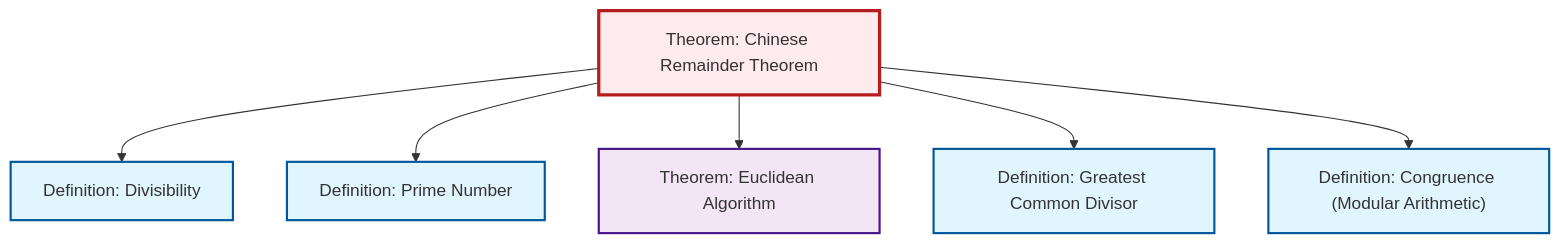
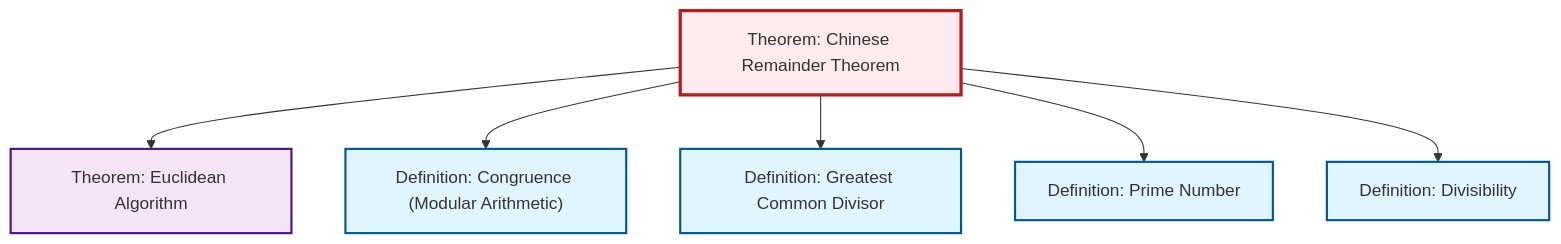
The diagram in content/ja/number-theory/thm-chinese-remainder.qmd (RK0429/ModernMath), drawn with Mermaid before and after one commit. The commit also changed other lines of this file and 581 other files, not shown here.

````diff
--- a/content/ja/number-theory/thm-chinese-remainder.qmd
+++ b/content/ja/number-theory/thm-chinese-remainder.qmd
@@ -89,26 +89,26 @@
 ```{mermaid}
 %%| fig-cap: "Local dependency graph"
 graph TD
     classDef definition fill:#e1f5fe,stroke:#01579b,stroke-width:2px
     classDef theorem fill:#f3e5f5,stroke:#4a148c,stroke-width:2px
     classDef axiom fill:#fff3e0,stroke:#e65100,stroke-width:2px
     classDef example fill:#e8f5e9,stroke:#1b5e20,stroke-width:2px
     classDef current fill:#ffebee,stroke:#b71c1c,stroke-width:3px
+    def-divisibility["Definition: Divisibility"]:::definition
+    thm-euclidean-algorithm["Theorem: Euclidean Algorithm"]:::theorem
+    thm-chinese-remainder["Theorem: Chinese Remainder Theorem"]:::theorem
     def-prime["Definition: Prime Number"]:::definition
-    thm-chinese-remainder["Theorem: Chinese Remainder Theorem"]:::theorem
-    def-divisibility["Definition: Divisibility"]:::definition
     def-congruence["Definition: Congruence (Modular Arithmetic)"]:::definition
-    thm-euclidean-algorithm["Theorem: Euclidean Algorithm"]:::theorem
     def-gcd["Definition: Greatest Common Divisor"]:::definition
+    thm-chinese-remainder --> thm-euclidean-algorithm
+    thm-chinese-remainder --> def-congruence
+    thm-chinese-remainder --> def-gcd
+    thm-chinese-remainder --> def-prime
     thm-chinese-remainder --> def-divisibility
-    thm-chinese-remainder --> def-prime
-    thm-chinese-remainder --> thm-euclidean-algorithm
-    thm-chinese-remainder --> def-gcd
-    thm-chinese-remainder --> def-congruence
     class thm-chinese-remainder current
+    click def-divisibility "def-divisibility.html" "Definition: Divisibilityへ"
+    click thm-euclidean-algorithm "thm-euclidean-algorithm.html" "Theorem: Euclidean Algorithmへ"
     click def-prime "def-prime.html" "Definition: Prime Numberへ"
-    click def-divisibility "def-divisibility.html" "Definition: Divisibilityへ"
     click def-congruence "def-congruence.html" "Definition: Congruence (Modular Arithmetic)へ"
-    click thm-euclidean-algorithm "thm-euclidean-algorithm.html" "Theorem: Euclidean Algorithmへ"
     click def-gcd "def-gcd.html" "Definition: Greatest Common Divisorへ"
 ```
````
